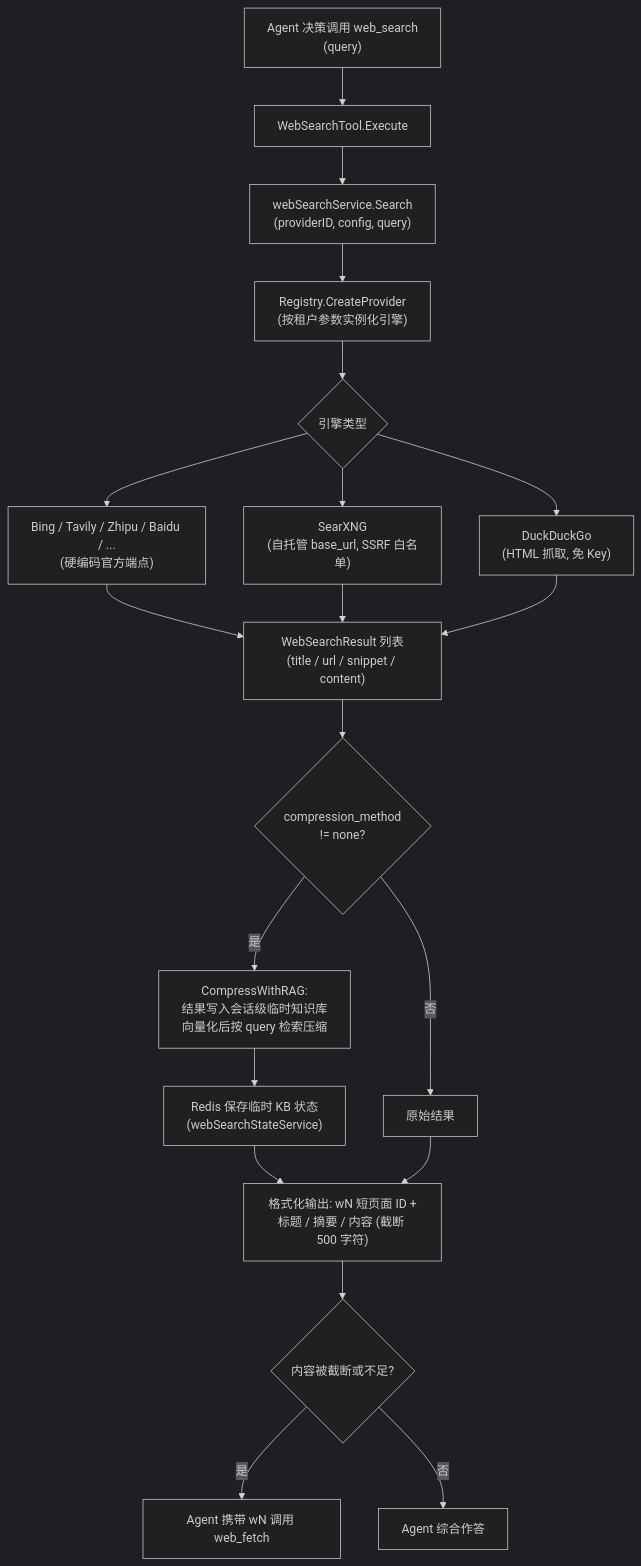
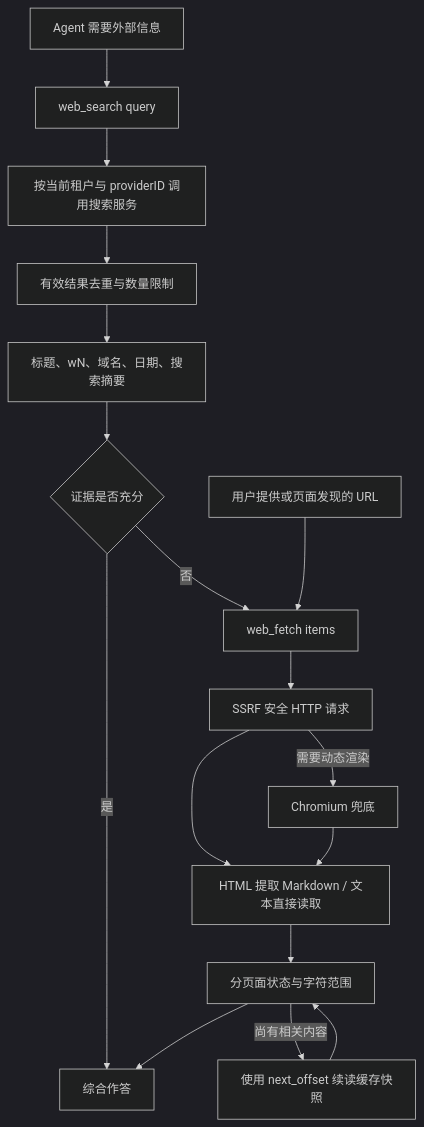
Before and after one commit to qinlei131479/WeKnora: the diagram in apps/docs/03-features/11-web-search.md, drawn with Mermaid (dark theme). The commit also changed other lines of this file and 66 other files, not shown here.

````diff
--- a/apps/docs/03-features/11-web-search.md
+++ b/apps/docs/03-features/11-web-search.md
@@ -90,22 +75,19 @@
 ```mermaid
 flowchart TD
-    A["Agent 决策调用 web_search<br/>(query)"] --> B["WebSearchTool.Execute"]
-    B --> C["webSearchService.Search<br/>(providerID, config, query)"]
-    C --> D["Registry.CreateProvider<br/>(按租户参数实例化引擎)"]
-    D --> E{"引擎类型"}
-    E --> E1["Bing / Tavily / Zhipu / Baidu / ...<br/>(硬编码官方端点)"]
-    E --> E2["SearXNG<br/>(自托管 base_url, SSRF 白名单)"]
-    E --> E3["DuckDuckGo<br/>(HTML 抓取, 免 Key)"]
-    E1 --> F["WebSearchResult 列表<br/>(title / url / snippet / content)"]
-    E2 --> F
-    E3 --> F
-    F --> G{"compression_method<br/>!= none?"}
-    G -->|"是"| H["CompressWithRAG:<br/>结果写入会话级临时知识库<br/>向量化后按 query 检索压缩"]
-    H --> I["Redis 保存临时 KB 状态<br/>(webSearchStateService)"]
-    G -->|"否"| J["原始结果"]
-    I --> K["格式化输出: wN 短页面 ID +<br/>标题 / 摘要 / 内容 (截断 500 字符)"]
-    J --> K
-    K --> L{"内容被截断或不足?"}
-    L -->|"是"| M["Agent 携带 wN 调用 web_fetch"]
-    L -->|"否"| N["Agent 综合作答"]
+    A[Agent 需要外部信息] --> B[web_search query]
+    B --> C[按当前租户与 providerID 调用搜索服务]
+    C --> D[有效结果去重与数量限制]
+    D --> E[标题、wN、域名、日期、搜索摘要]
+    E --> F{证据是否充分}
+    F -->|是| G[综合作答]
+    F -->|否| H[web_fetch items]
+    U[用户提供或页面发现的 URL] --> H
+    H --> I[SSRF 安全 HTTP 请求]
+    I --> J[HTML 提取 Markdown / 文本直接读取]
+    I -->|需要动态渲染| K[Chromium 兜底]
+    K --> J
+    J --> L[分页面状态与字符范围]
+    L -->|尚有相关内容| M[使用 next_offset 续读缓存快照]
+    M --> L
+    L --> G
 ```
````
